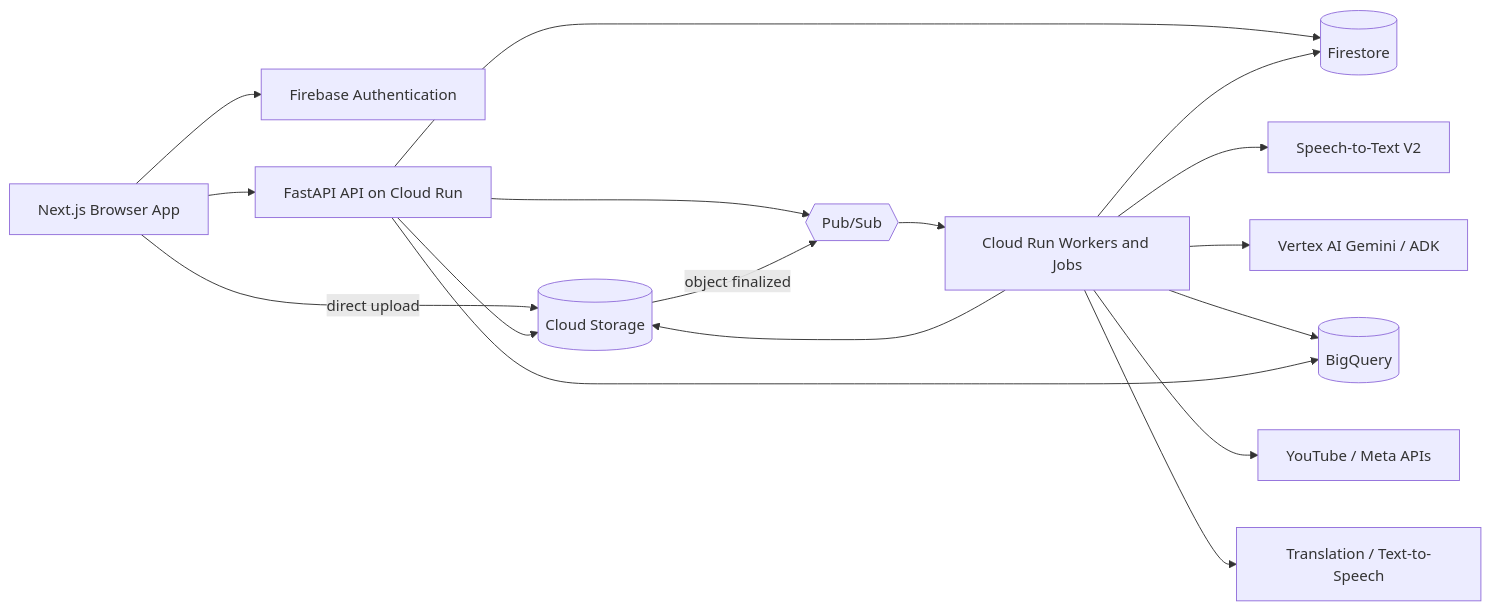
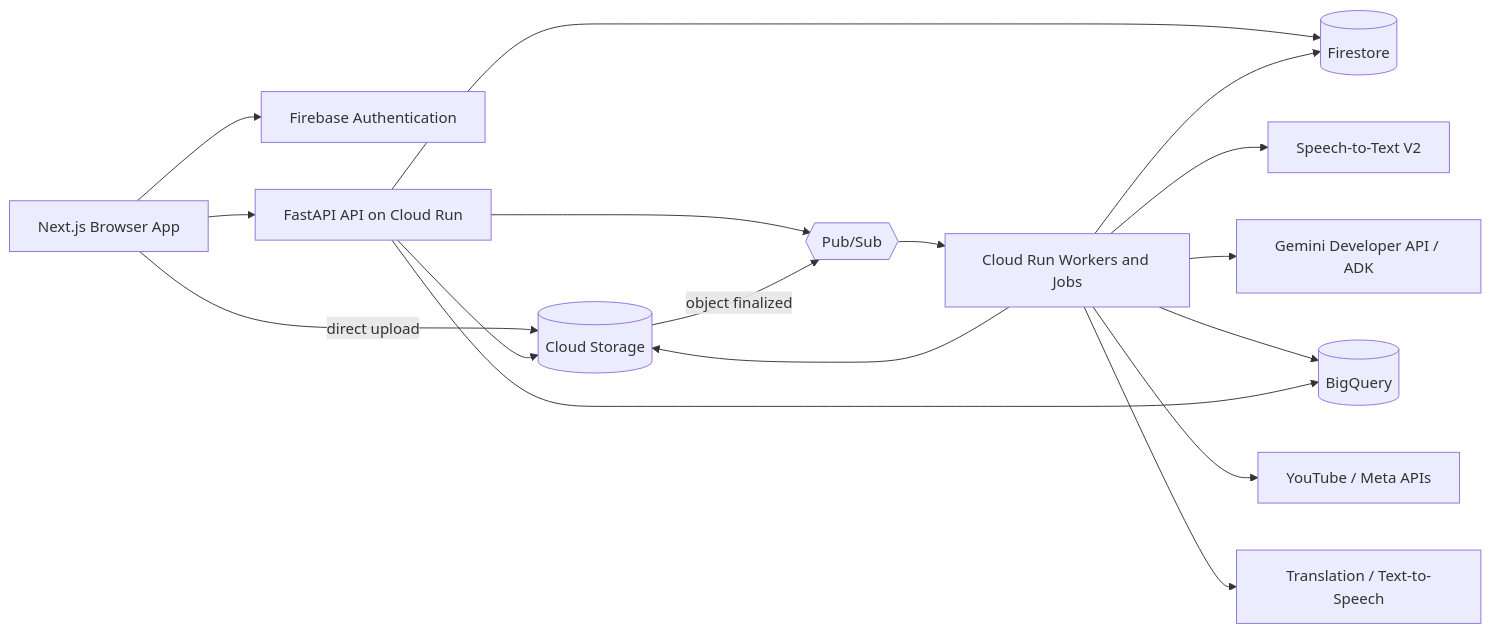
Before and after one commit to Saad-Surve/aibuildercup: the first of 17 diagrams in docs/technical-design/diagrams.md, drawn with Mermaid. The commit also changed other lines of this file and 53 other files, not shown here.

```diff
--- a/docs/technical-design/diagrams.md
+++ b/docs/technical-design/diagrams.md
@@ -7,32 +7,32 @@
 ~~~mermaid
 flowchart LR
     Browser[Next.js Browser App]
     Auth[Firebase Authentication]
     API[FastAPI API on Cloud Run]
     FS[(Firestore)]
     GCS[(Cloud Storage)]
     PubSub{{Pub/Sub}}
     Workers[Cloud Run Workers and Jobs]
-    Gemini[Vertex AI Gemini / ADK]
+    Gemini[Gemini Developer API / ADK]
     STT[Speech-to-Text V2]
     BQ[(BigQuery)]
     Social[YouTube / Meta APIs]
     Translate[Translation / Text-to-Speech]
 
     Browser --> Auth
     Browser --> API
     Browser -->|direct upload| GCS
     API --> FS
     API --> GCS
     API --> PubSub
     GCS -->|object finalized| PubSub
     PubSub --> Workers
     Workers --> STT
     Workers --> Gemini
     Workers --> GCS
     Workers --> FS
     Workers --> BQ
     Workers --> Social
     Workers --> Translate
     API --> BQ
 ~~~
```
